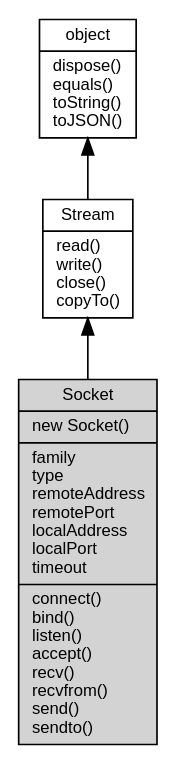
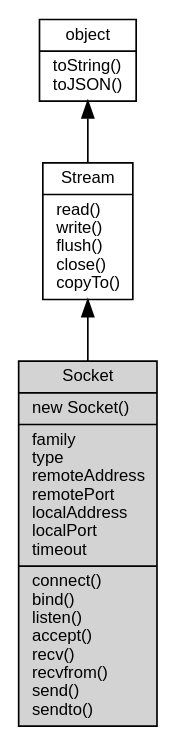
The diagram in docs/object/ifs/Socket.md (asionius/fibjs-ceph), drawn with Graphviz before and after one commit. The commit also changed other lines of this file and 138 other files, not shown here.

````diff
--- a/docs/object/ifs/Socket.md
+++ b/docs/object/ifs/Socket.md
@@ -11,12 +11,12 @@
 ```dot
 digraph {
     node [fontname="Helvetica,sans-Serif", fontsize=10, shape="record", style="filled", fillcolor="white"];
 
-    object [tooltip="object", URL="object.md", label="{object|dispose()\lequals()\ltoString()\ltoJSON()\l}"];
-    Stream [tooltip="Stream", URL="Stream.md", label="{Stream|read()\lwrite()\lclose()\lcopyTo()\l}"];
-    Socket [tooltip="Socket", fillcolor="lightgray", label="{Socket|new Socket()\l|family\ltype\lremoteAddress\lremotePort\llocalAddress\llocalPort\ltimeout\l|connect()\lbind()\llisten()\laccept()\lrecv()\lrecvfrom()\lsend()\lsendto()\l}"];
+    object [tooltip="object", URL="object.md", label="{object|toString()\ltoJSON()\l}"];
+    Stream [tooltip="Stream", URL="Stream.md", label="{Stream|read()\lwrite()\lflush()\lclose()\lcopyTo()\l}"];
+    Socket [tooltip="Socket", fillcolor="lightgray", id="me", label="{Socket|new Socket()\l|family\ltype\lremoteAddress\lremotePort\llocalAddress\llocalPort\ltimeout\l|connect()\lbind()\llisten()\laccept()\lrecv()\lrecvfrom()\lsend()\lsendto()\l}"];
 
     object -> Stream [dir=back];
     Stream -> Socket [dir=back];
 }
 ```
````
